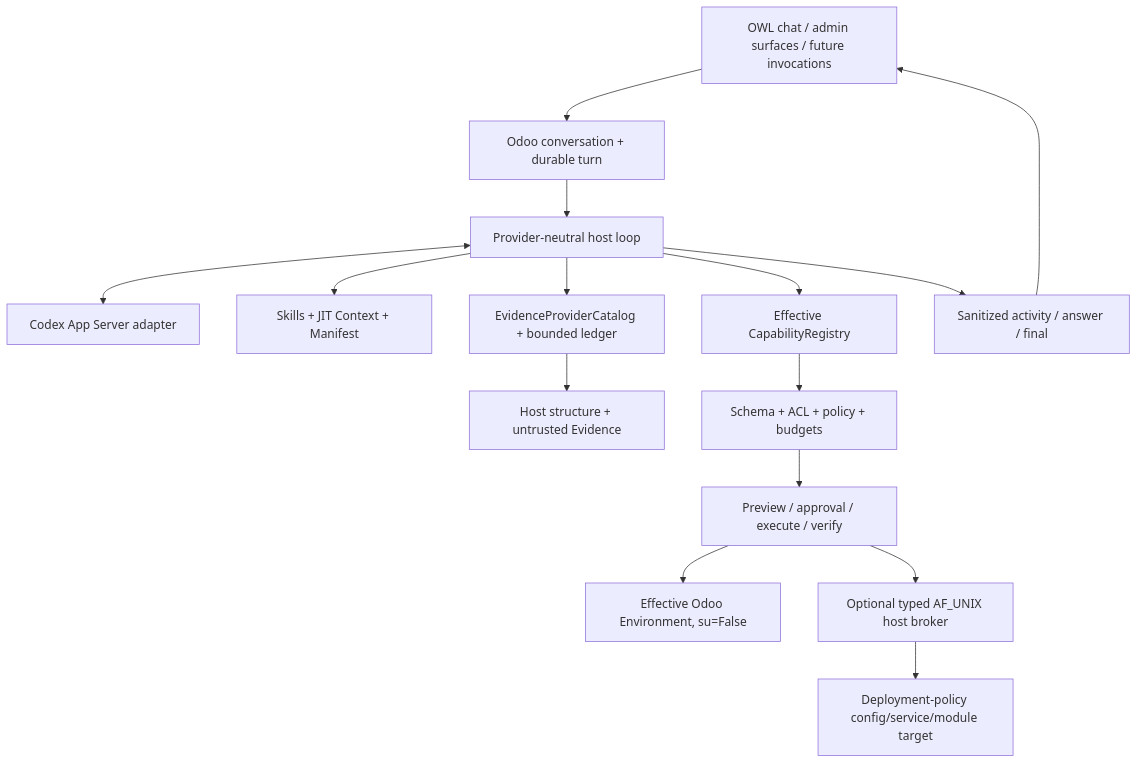
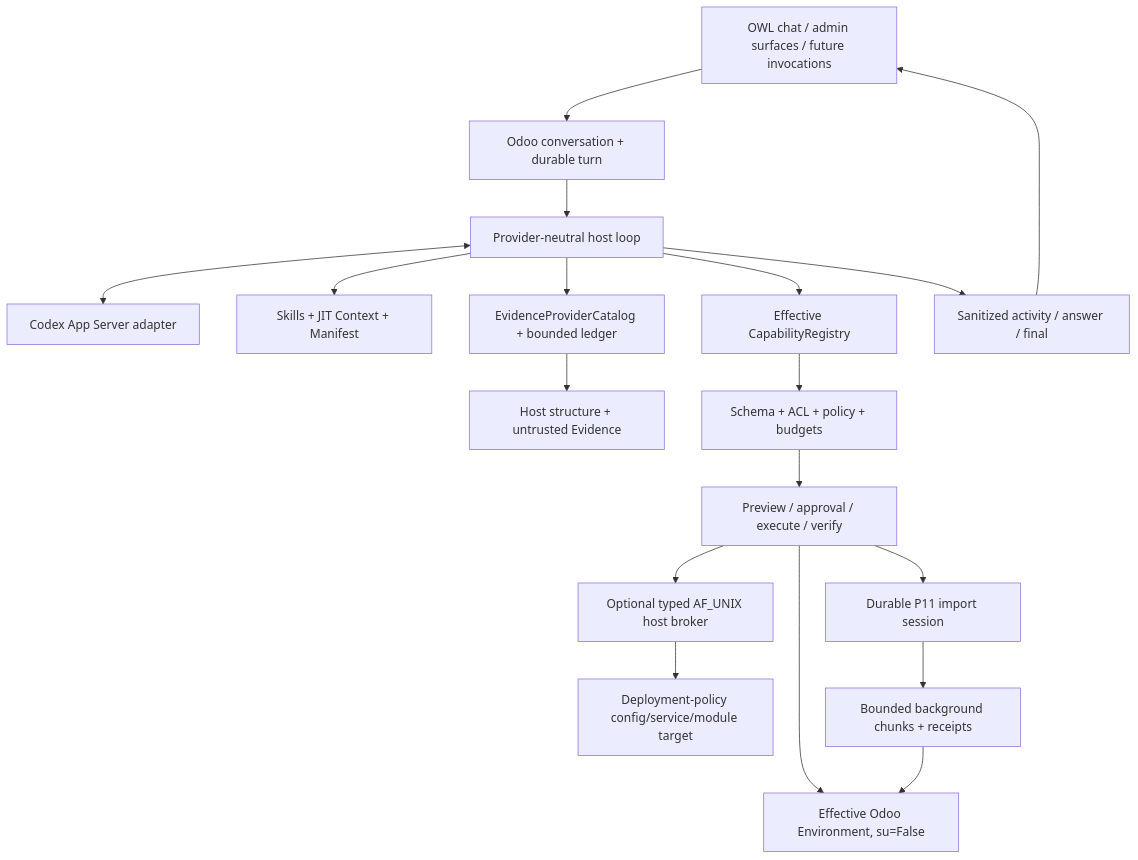
One commit to CPX-001/ai-odoo-assistant changed the diagram in README.md. Above: the diagram before and after it, drawn with Mermaid. The commit also changed other lines of this file, not shown here.

````diff
--- a/README.md
+++ b/README.md
@@ -54,17 +53,20 @@
 ```mermaid
 flowchart TB
     UI[OWL chat / admin surfaces / future invocations] --> TURN[Odoo conversation + durable turn]
     TURN --> HOST[Provider-neutral host loop]
     HOST <--> MODEL[Codex App Server adapter]
     HOST --> EXT[Skills + JIT Context + Manifest]
     HOST --> EVIDENCE[EvidenceProviderCatalog + bounded ledger]
     EVIDENCE --> EDATA[Host structure + untrusted Evidence]
     HOST --> CAPS[Effective CapabilityRegistry]
     CAPS --> POLICY[Schema + ACL + policy + budgets]
     POLICY --> EFFECT[Preview / approval / execute / verify]
     EFFECT --> ORM[Effective Odoo Environment, su=False]
     EFFECT --> BROKER[Optional typed AF_UNIX host broker]
     BROKER --> TARGET[Deployment-policy config/service/module target]
+    EFFECT --> IMPORT[Durable P11 import session]
+    IMPORT --> CHUNK[Bounded background chunks + receipts]
+    CHUNK --> ORM
     HOST --> PUBLIC[Sanitized activity / answer / final]
     PUBLIC --> UI
 ```
````
